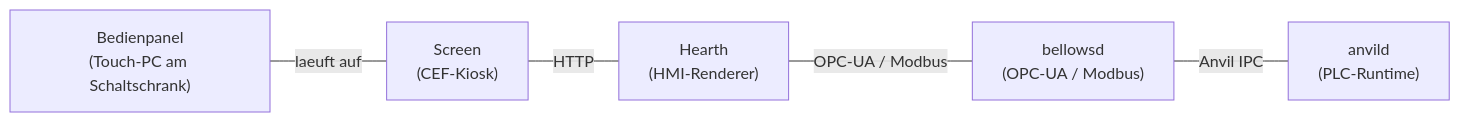
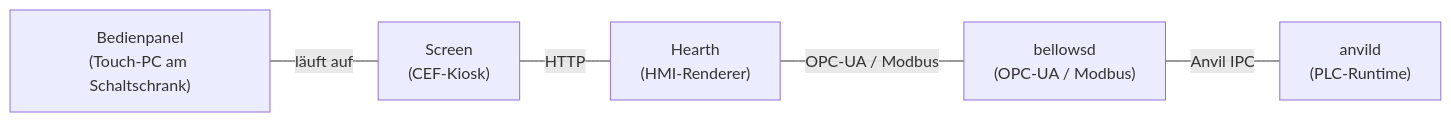
The diagram in content/de/plattform/screen.md (Beerlesklopfer/forgeiec-website), drawn with Mermaid before and after one commit. The commit also changed other lines of this file and 57 other files, not shown here.

````diff
--- a/content/de/plattform/screen.md
+++ b/content/de/plattform/screen.md
@@ -43,13 +43,13 @@
 ```mermaid
 flowchart LR
     Panel["Bedienpanel<br/>(Touch-PC am Schaltschrank)"]
     Screen["Screen<br/>(CEF-Kiosk)"]
     Hearth["Hearth<br/>(HMI-Renderer)"]
     Bellows["bellowsd<br/>(OPC-UA / Modbus)"]
     Anvild["anvild<br/>(PLC-Runtime)"]
 
-    Panel ---|"laeuft auf"| Screen
+    Panel ---|"läuft auf"| Screen
     Screen ---|"HTTP"| Hearth
     Hearth ---|"OPC-UA / Modbus"| Bellows
     Bellows ---|"Anvil IPC"| Anvild
 ```
````
